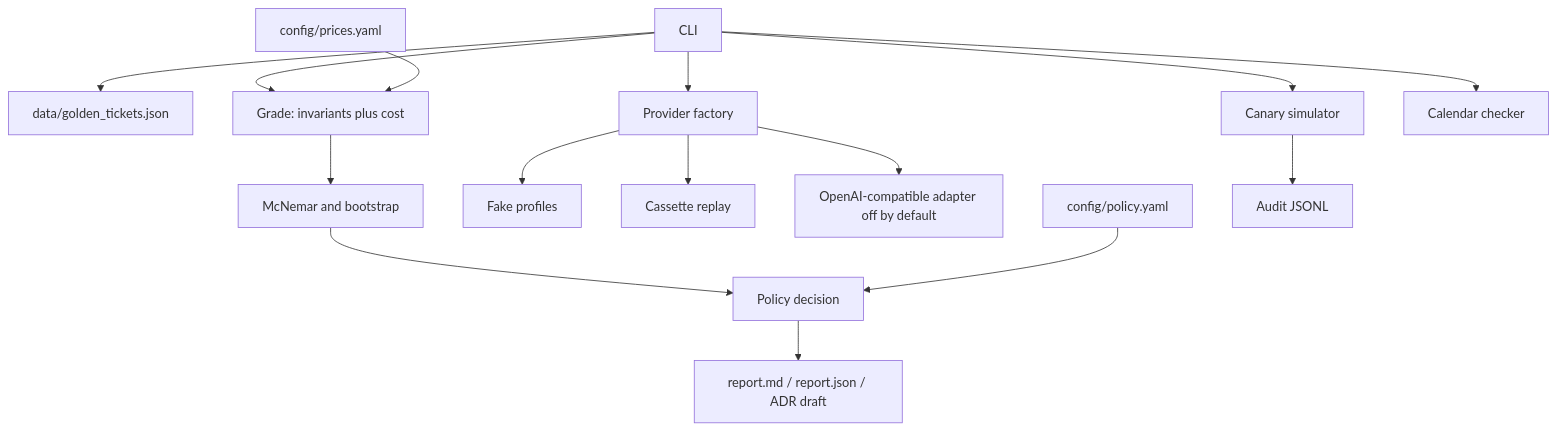
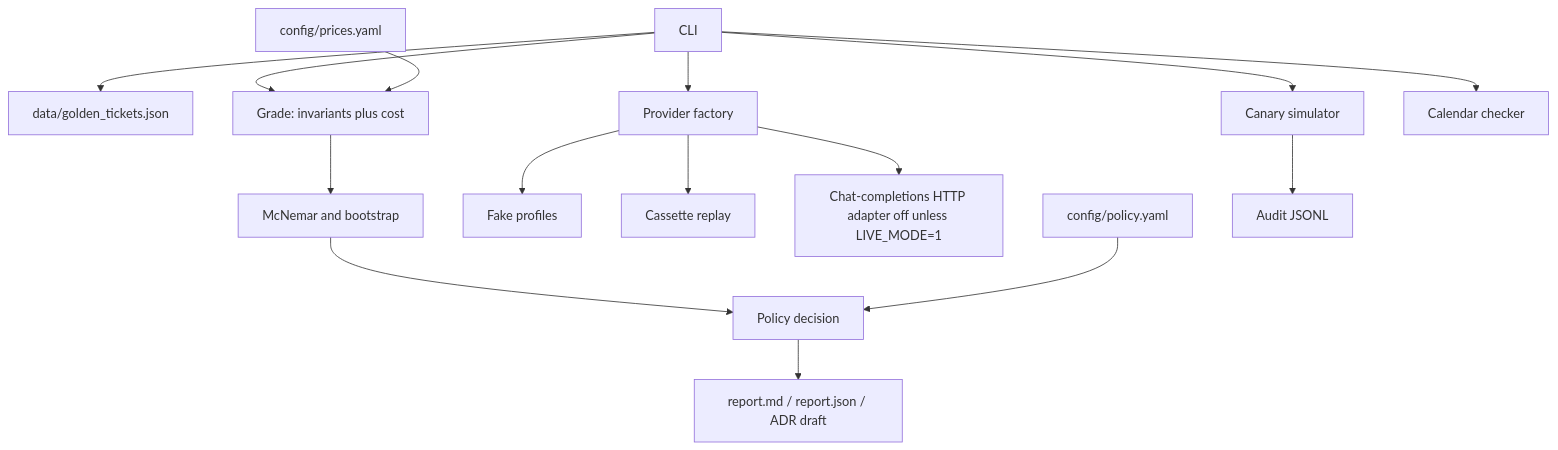
Before and after one commit to dlescanogithub/model-migration-eval-kit: the diagram in docs/architecture.md, drawn with Mermaid. The commit also changed other lines of this file and 38 other files, not shown here.

````diff
--- a/docs/architecture.md
+++ b/docs/architecture.md
@@ -5,33 +5,33 @@
 ```mermaid
 flowchart TD
   cli[CLI]
   golden[data/golden_tickets.json]
   policy[config/policy.yaml]
   prices[config/prices.yaml]
   factory[Provider factory]
   fake[Fake profiles]
   cassette[Cassette replay]
-  live[OpenAI-compatible adapter off by default]
+  live[Chat-completions HTTP adapter off unless LIVE_MODE=1]
   grade[Grade: invariants plus cost]
   stats[McNemar and bootstrap]
   decide[Policy decision]
   report[report.md / report.json / ADR draft]
   canary[Canary simulator]
   audit[Audit JSONL]
   calendar[Calendar checker]
 
   cli --> golden
   cli --> factory
   factory --> fake
   factory --> cassette
   factory --> live
   cli --> grade
   grade --> stats
   stats --> decide
   policy --> decide
   prices --> grade
   decide --> report
   cli --> canary
   canary --> audit
   cli --> calendar
 ```
````
